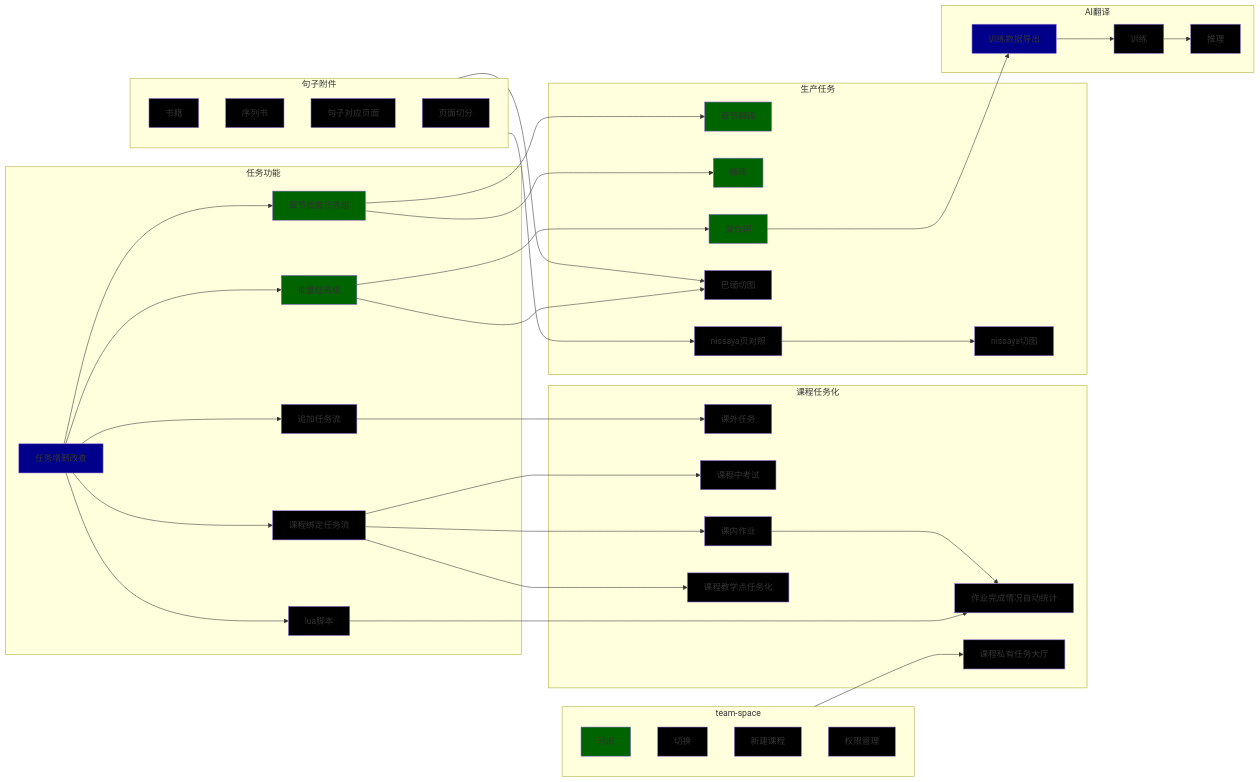
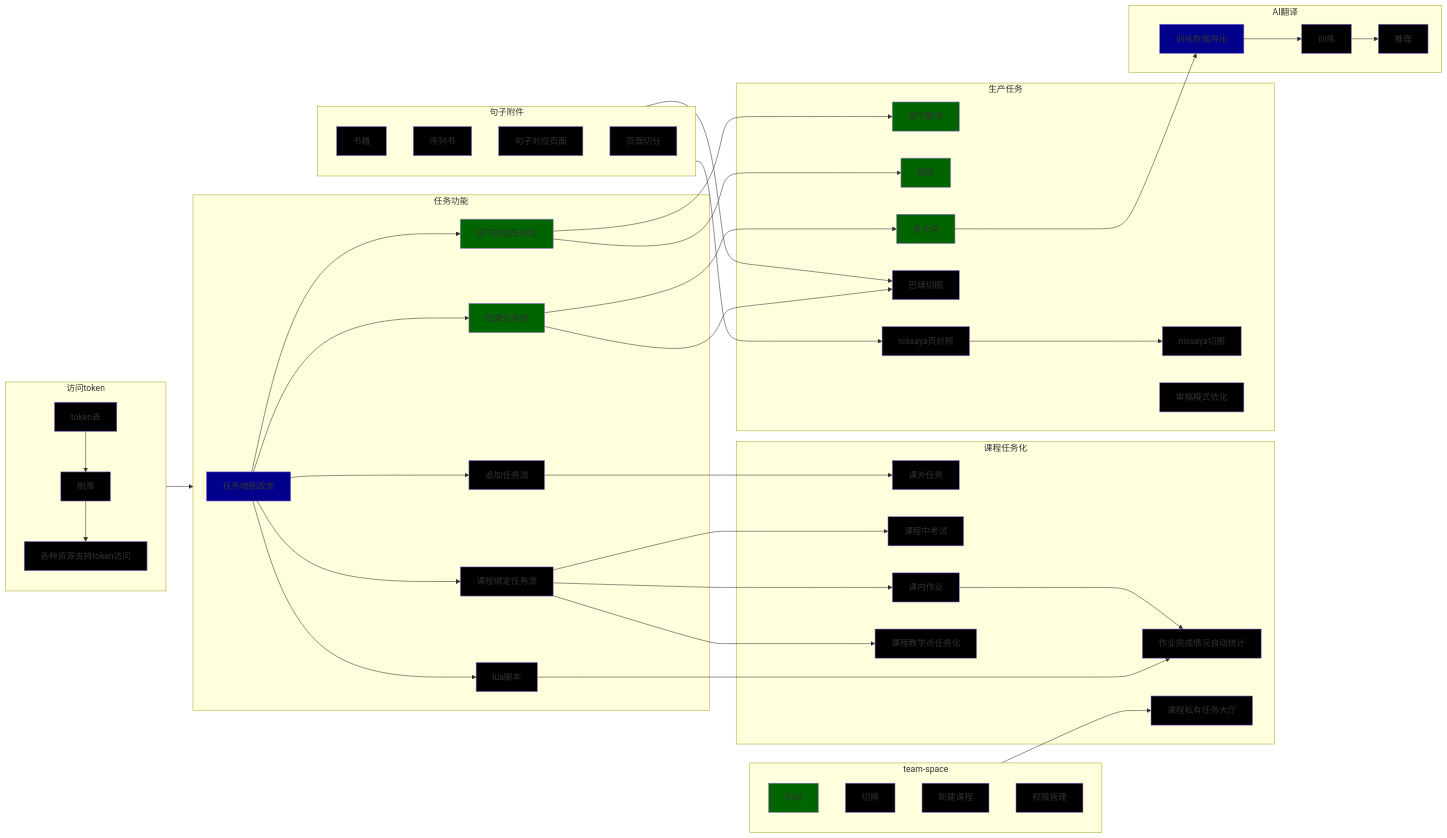
The diagram in api-v8/documents/task.md (visuddhinanda/mint), drawn with Mermaid before and after one commit.

Commit message:
添加access_token

````diff
--- a/api-v8/documents/task.md
+++ b/api-v8/documents/task.md
@@ -12,30 +12,6 @@
 c4[课程教学点任务化]:::plan;
 c5[作业完成情况自动统计]:::plan;
 c6[课程私有任务大厅]:::plan;
-
-t0[任务增删改查]:::progressing;
-t1[章节批量任务组]:::done;
-t2[批量任务组]:::done;
-t3[课程绑定任务流]:::plan;
-t4[lua脚本]:::plan;
-t5[追加任务流]:::plan;
-
-p1[章节翻译]:::done;
-p2[搬砖]:::done;
-p3[复合词]:::done;
-p4[巴缅切图]:::plan;
-p5[nissaya页对照]:::plan;
-p6[nissaya切图]:::plan;
-
-a1[训练数据导出]:::progressing;
-a2[训练]:::plan;
-a3[推理]:::plan;
-
-ts1[列出]:::done;
-ts2[切换]:::plan;
-ts3[新建课程]:::plan;
-ts4[权限管理]:::plan;
-
 subgraph c ["课程任务化"]
     c1;
     c2;
@@ -44,35 +20,58 @@
     c5;
     c6;
 end
+
+t0[任务增删改查]:::progressing;
+t1[章节批量任务组]:::done;
+t2[批量任务组]:::done;
+t3[课程绑定任务流]:::plan;
+t4[lua脚本]:::plan;
+t5[追加任务流]:::plan;
 subgraph t ["任务功能"]
-t0;
-t1;
-t2;
-t3;
-t4;
-t5;
+    t0;
+    t1;
+    t2;
+    t3;
+    t4;
+    t5;
 end
 
+p1[章节翻译]:::done;
+p2[搬砖]:::done;
+p3[复合词]:::done;
+p4[巴缅切图]:::plan;
+p5[nissaya页对照]:::plan;
+p6[nissaya切图]:::plan;
+p7[审稿模式优化]:::plan;
 subgraph prod ["生产任务"]
-p1;
-p2;
-p3;
-p4;
-p5;
-p6;
+    p1;
+    p2;
+    p3;
+    p4;
+    p5;
+    p6;
+    p7;
 end
 
+a1[训练数据导出]:::progressing;
+a2[训练]:::plan;
+a3[推理]:::plan;
 subgraph ai ["AI翻译"]
-a1;
-a2;
-a3;
+    a1;
+    a2;
+    a3;
 end
 
+ts1[列出]:::done;
+ts2[切换]:::plan;
+ts3[新建课程]:::plan;
+ts4[权限管理]:::plan;
+
 subgraph tg ["team-space"]
-ts1;
-ts2;
-ts3;
-ts4;
+    ts1;
+    ts2;
+    ts3;
+    ts4;
 end
 
 sa1[书籍]:::plan;
@@ -81,10 +80,19 @@
 sa4[页面切分]:::plan;
 
 subgraph sa ["句子附件"]
-sa1;
-sa2;
-sa3;
-sa4;
+    sa1;
+    sa2;
+    sa3;
+    sa4;
+end
+
+at1[token表]:::plan;
+at2[刷库]:::plan;
+at3[各种资源支持token访问]:::plan;
+subgraph access_token ["访问token"]
+    at1;
+    at2;
+    at3;
 end
 
 t5 --> c1;
@@ -109,4 +117,7 @@
 t0 --> t5;
 c3 --> c5;
 t2 --> p4;
+access_token --> t;
+at1 --> at2;
+at2 --> at3;
 ```
````
